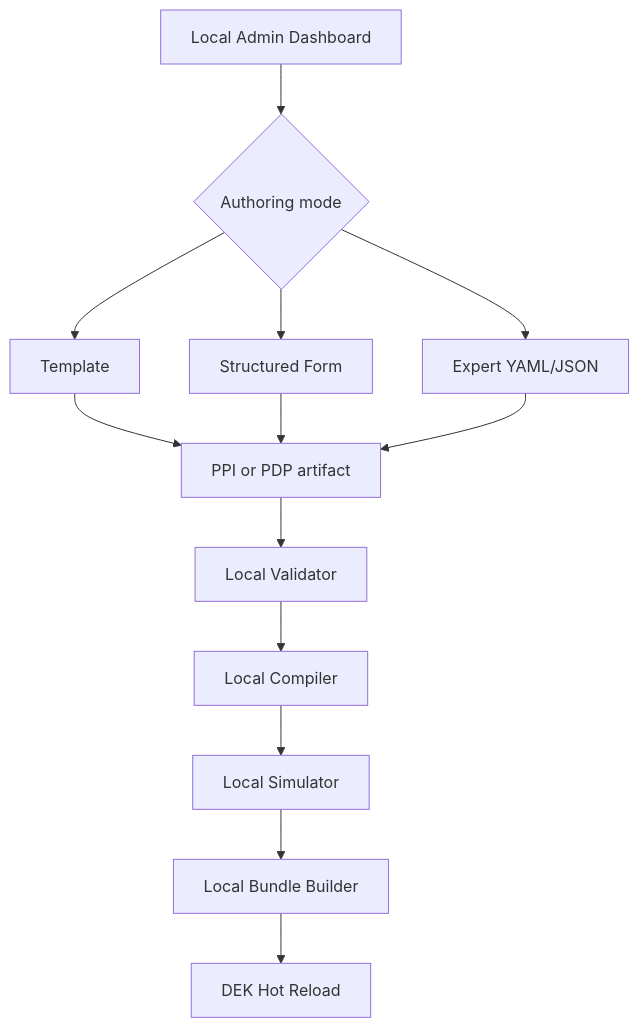
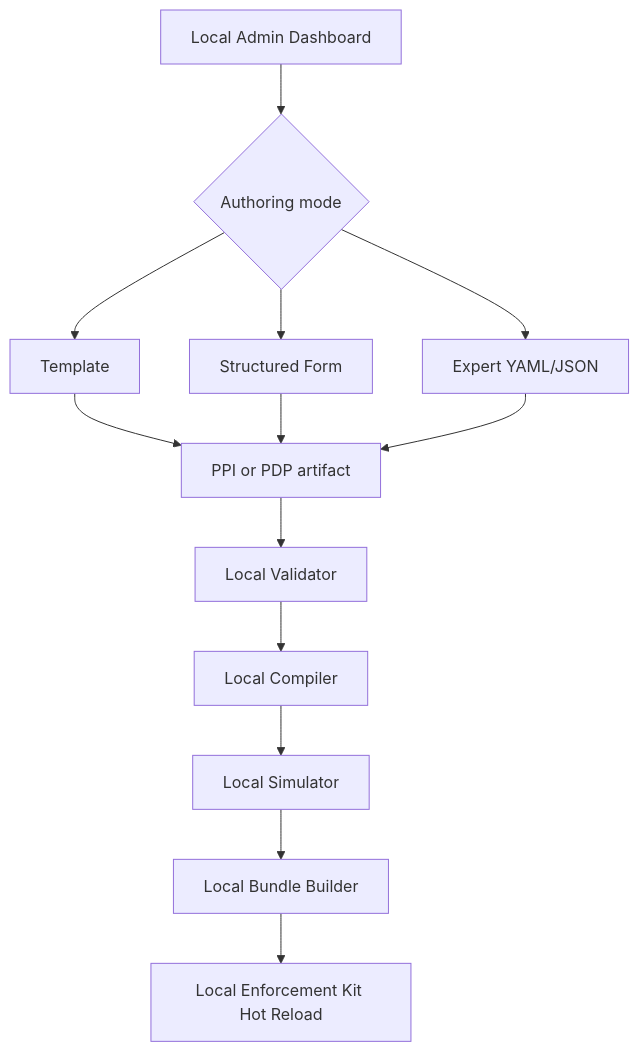
Before and after one commit to AECInfraconnect/AntiG_Pollen_DEK: the second of 6 diagrams in docs/design/policy-enforcement-flows.md, drawn with Mermaid. The commit also changed other lines of this file and 55 other files, not shown here.

Commit message:
Rename DEK to Local Enforcement Kit in docs

````diff
--- a/docs/design/policy-enforcement-flows.md
+++ b/docs/design/policy-enforcement-flows.md
@@ -442,15 +442,15 @@
 ```mermaid
 flowchart TD
   A[Local Admin Dashboard] --> B{Authoring mode}
   B --> C[Template]
   B --> D[Structured Form]
   B --> E[Expert YAML/JSON]
   C --> F[PPI]
   D --> F[PPI]
   E --> F[PPI or PDP artifact]
   F --> G[Local Validator]
   G --> H[Local Compiler]
   H --> I[Local Simulator]
   I --> J[Local Bundle Builder]
-  J --> K[DEK Hot Reload]
+  J --> K[Local Enforcement Kit Hot Reload]
 ```
````
